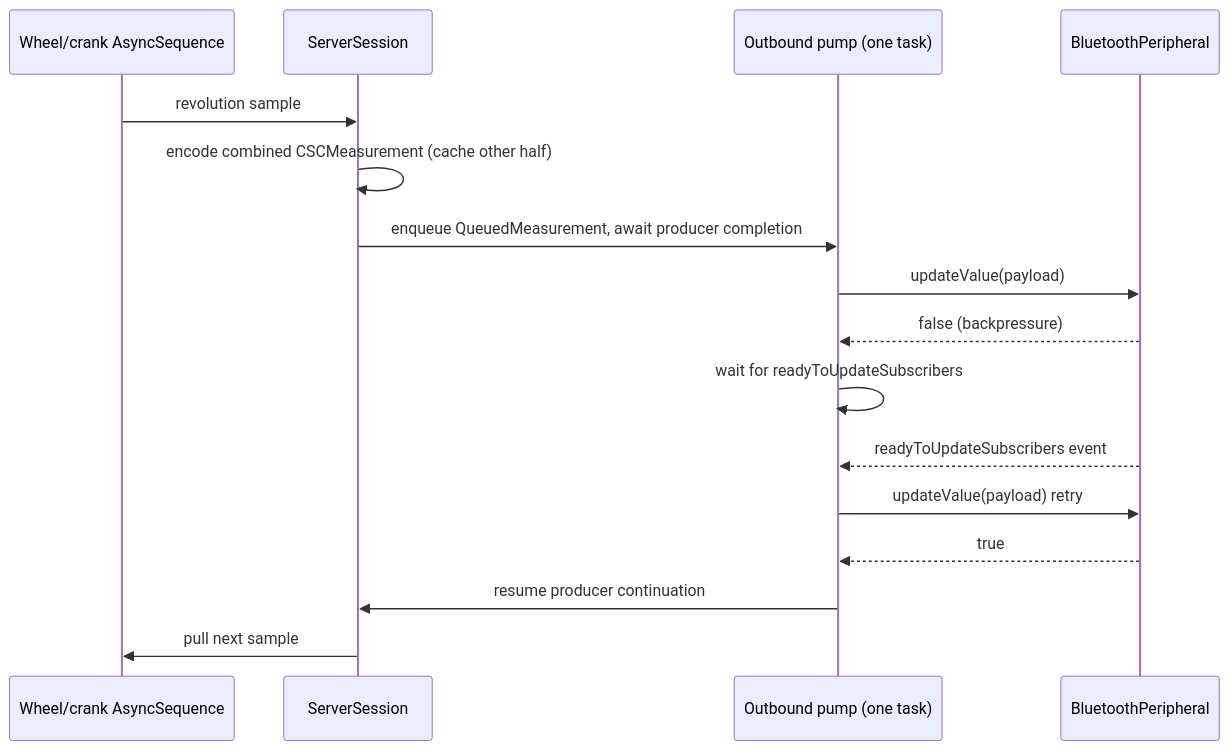
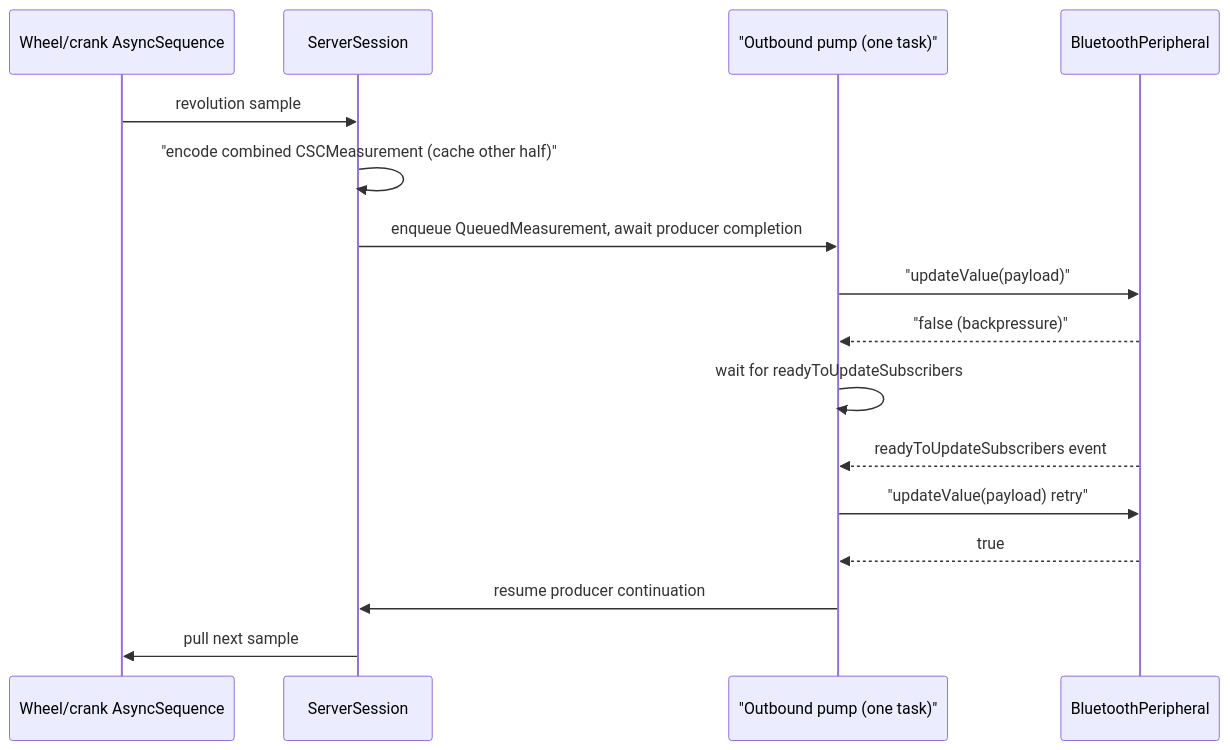
The second of 2 diagrams in Sources/CSCServer/ARCHITECTURE.md (tonytallman/BluetoothBikeSensorSwift), drawn with Mermaid before and after one commit. The commit also changed other lines of this file, not shown here.

Commit message:
Fixes mermaid diagram.

````diff
--- a/Sources/CSCServer/ARCHITECTURE.md
+++ b/Sources/CSCServer/ARCHITECTURE.md
@@ -187,19 +187,19 @@
 ```mermaid
 sequenceDiagram
     participant Source as Wheel/crank AsyncSequence
     participant Session as ServerSession
-    participant Pump as Outbound pump (one task)
+    participant Pump as "Outbound pump (one task)"
     participant CB as BluetoothPeripheral
 
     Source->>Session: revolution sample
-    Session->>Session: encode combined CSCMeasurement (cache other half)
+    Session->>Session: "encode combined CSCMeasurement (cache other half)"
     Session->>Pump: enqueue QueuedMeasurement, await producer completion
-    Pump->>CB: updateValue(payload)
-    CB-->>Pump: false (backpressure)
+    Pump->>CB: "updateValue(payload)"
+    CB-->>Pump: "false (backpressure)"
     Pump->>Pump: wait for readyToUpdateSubscribers
     CB-->>Pump: readyToUpdateSubscribers event
-    Pump->>CB: updateValue(payload) retry
+    Pump->>CB: "updateValue(payload) retry"
     CB-->>Pump: true
     Pump->>Session: resume producer continuation
     Session->>Source: pull next sample
 ```
````
